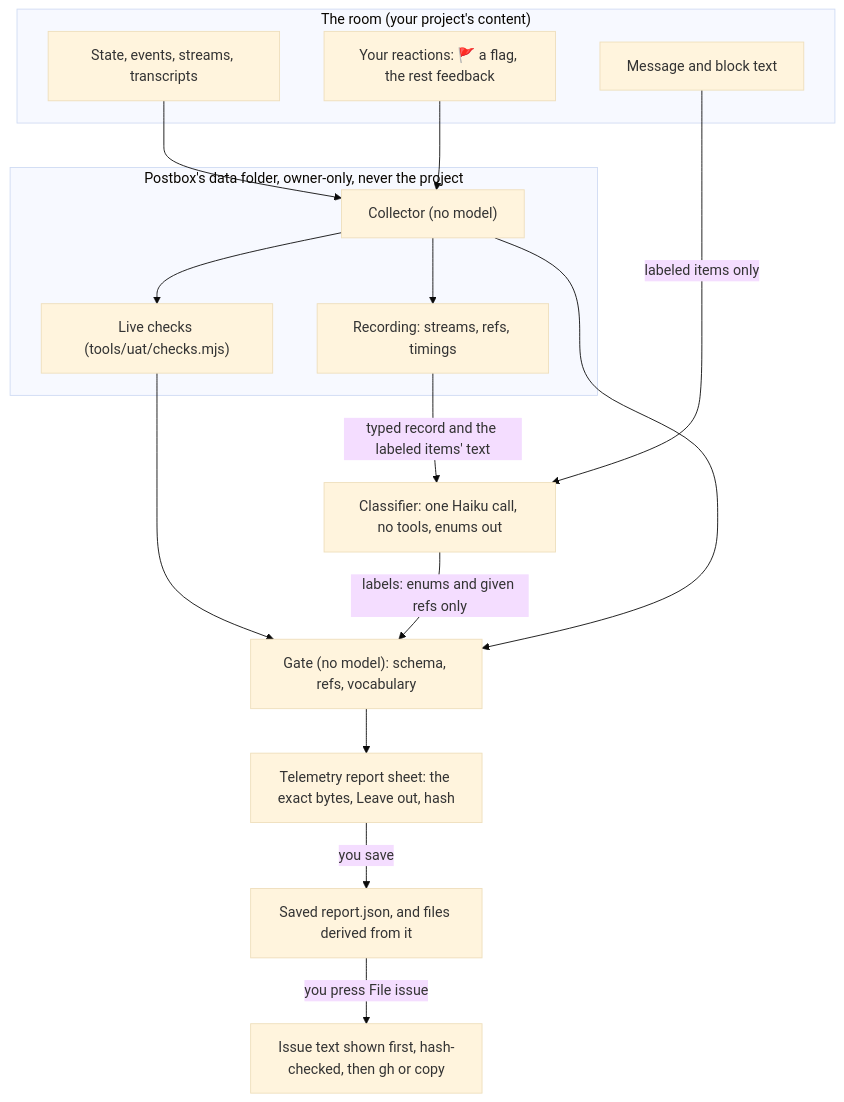
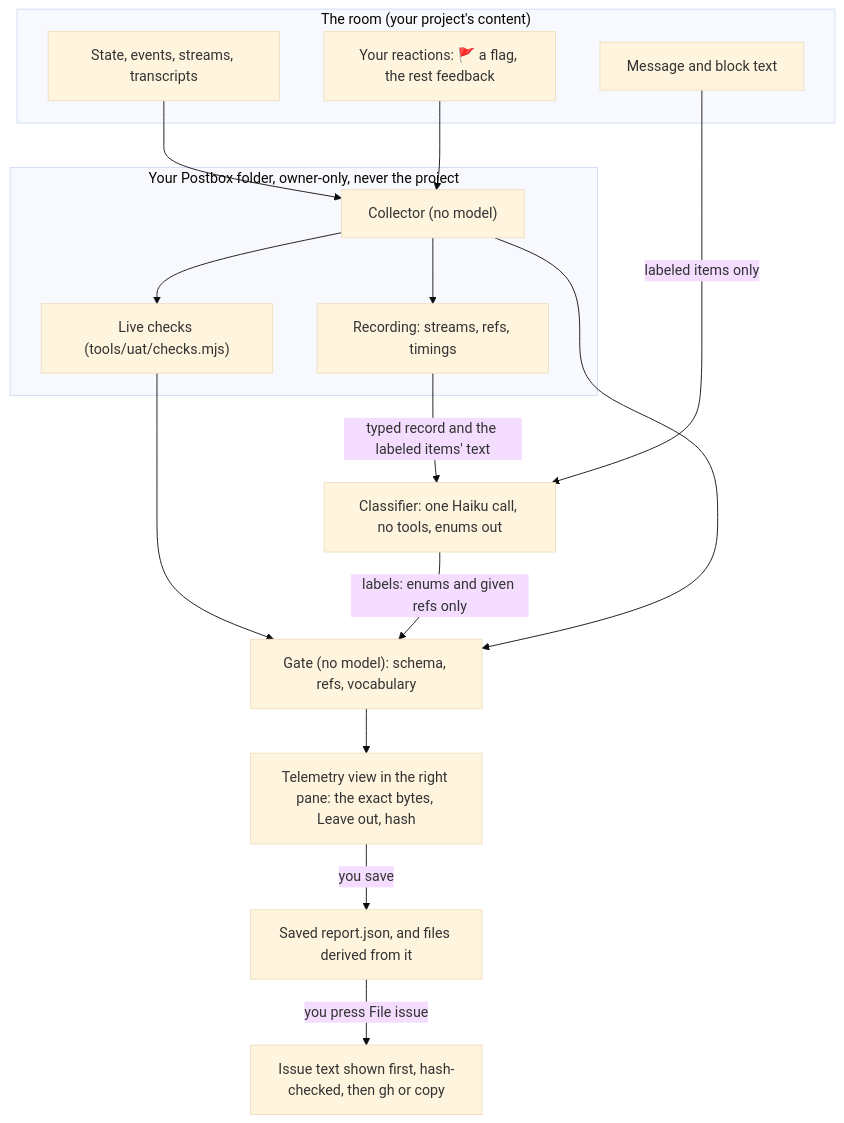
One commit to HJeon139/postbox changed the first of 2 diagrams in designs/telemetry-persona.md. Above: the diagram before and after it, drawn with Mermaid (base theme). The commit also changed other lines of this file and 1 other file, not shown here.

````diff
--- a/designs/telemetry-persona.md
+++ b/designs/telemetry-persona.md
@@ -45,29 +45,29 @@
 ```mermaid
 flowchart TD
   subgraph room["The room (your project's content)"]
     S[State, events, streams, transcripts]
     C[Message and block text]
     F["Your reactions: 🚩 a flag, the rest feedback"]
   end
-  subgraph data["Postbox's data folder, owner-only, never the project"]
+  subgraph data["Your Postbox folder, owner-only, never the project"]
     COL["Collector (no model)"]
     CHK["Live checks (tools/uat/checks.mjs)"]
     REC["Recording: streams, refs, timings"]
   end
   K["Classifier: one Haiku call, no tools, enums out"]
   G["Gate (no model): schema, refs, vocabulary"]
-  SH["Telemetry report sheet: the exact bytes, Leave out, hash"]
+  SH["Telemetry view in the right pane: the exact bytes, Leave out, hash"]
   OUT["Saved report.json, and files derived from it"]
   GH["Issue text shown first, hash-checked, then gh or copy"]
   S --> COL --> CHK
   COL --> REC
   F --> COL
   REC -->|"typed record and the labeled items' text"| K
   C -->|labeled items only| K
   CHK --> G
   K -->|"labels: enums and given refs only"| G
   COL --> G
   G --> SH
   SH -->|you save| OUT
   OUT -->|you press File issue| GH
 ```
````
